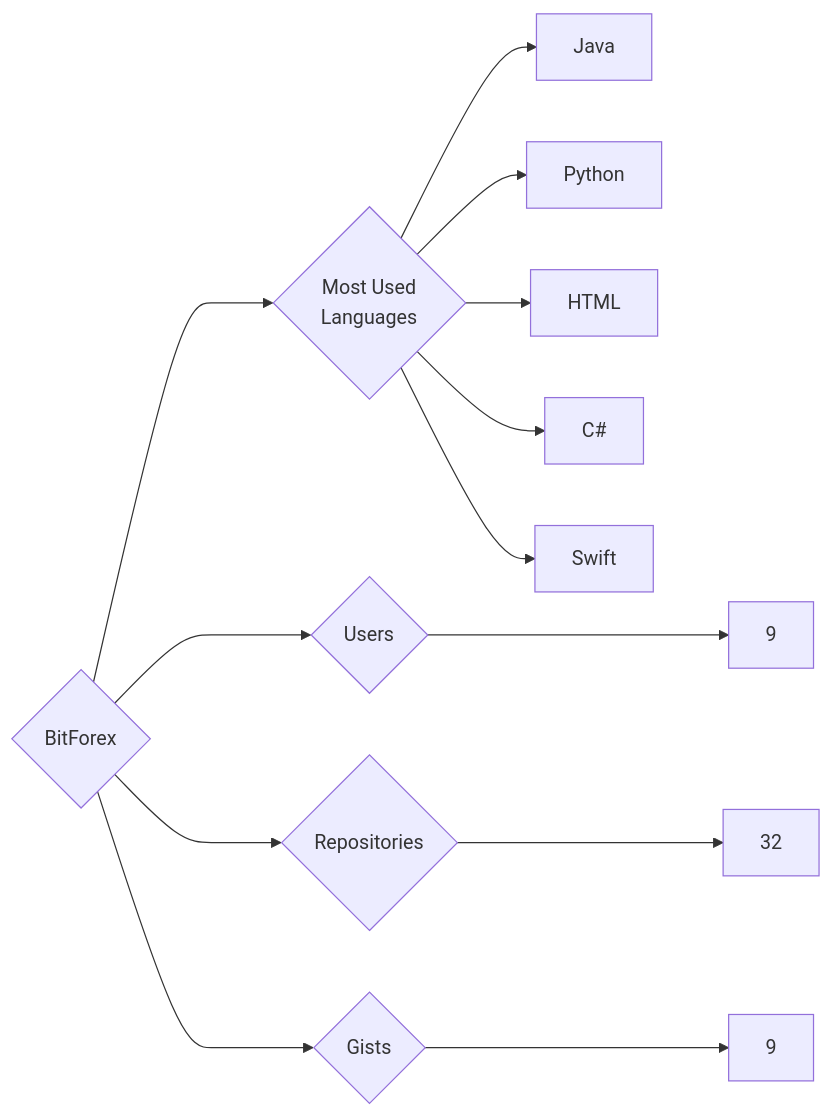
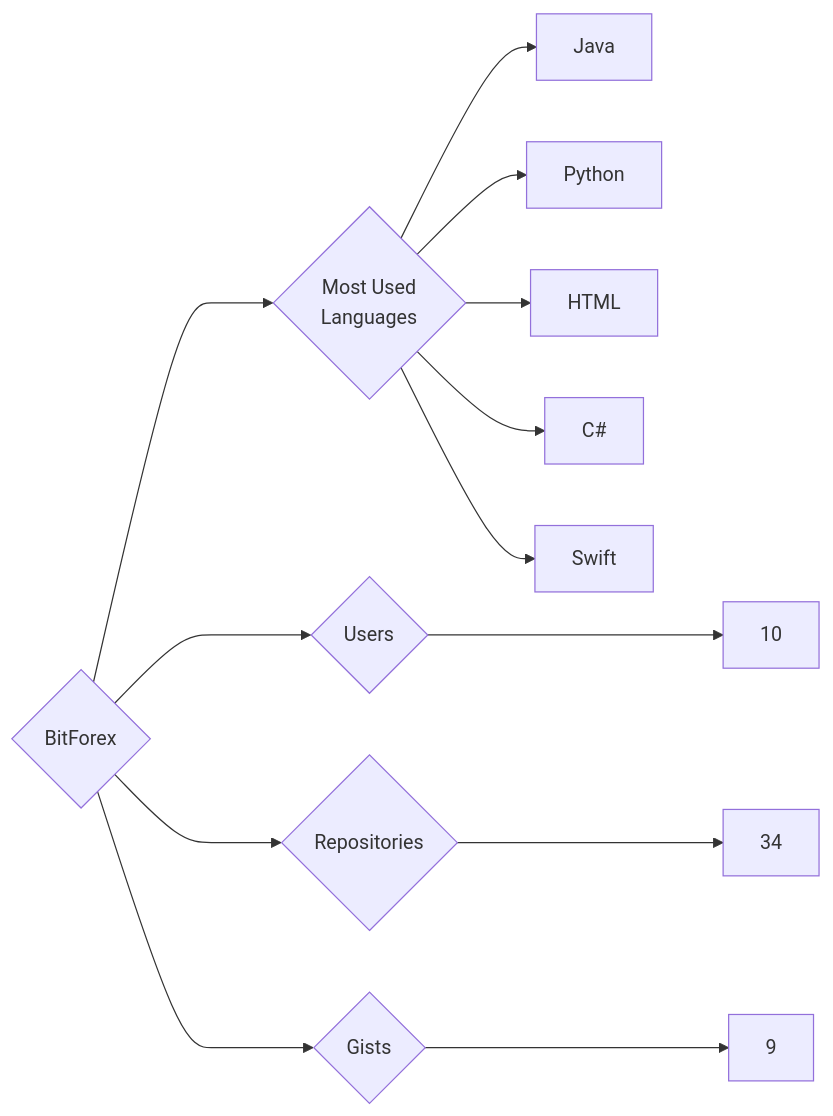
One commit to trickest/insiders changed the diagram in targets/BitForex/README.md. Above: the diagram before and after it, drawn with Mermaid. The commit also changed 1123 other files, not shown here.

````diff
--- a/targets/BitForex/README.md
+++ b/targets/BitForex/README.md
@@ -3,13 +3,13 @@
 ```mermaid
 graph LR
 COMPANY_NAME{BitForex}
-COMPANY_NAME ---> U{Users} ---> UN[9]
-COMPANY_NAME ---> R{Repositories} ---> RN[32]
+COMPANY_NAME ---> U{Users} ---> UN[10]
+COMPANY_NAME ---> R{Repositories} ---> RN[34]
 COMPANY_NAME ---> G{Gists} ---> GN[9]
 COMPANY_NAME ---> ML{Most Used<br>Languages}
 ML --> Java[Java]
 ML --> Python[Python]
 ML --> HTML[HTML]
 ML --> C#[C#]
 ML --> Swift[Swift]
 ```
````
